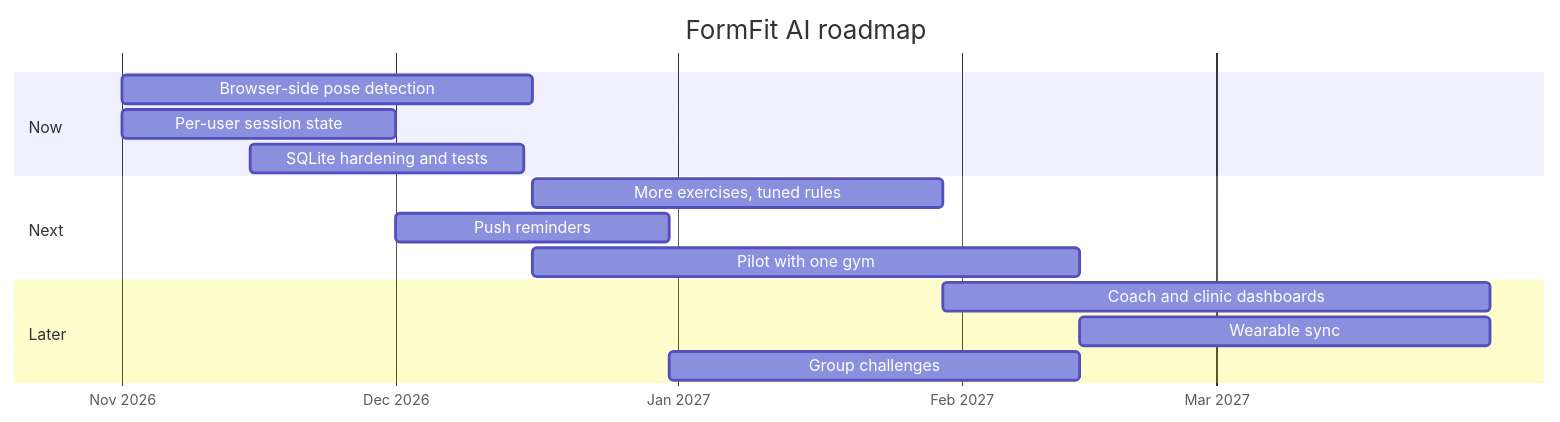
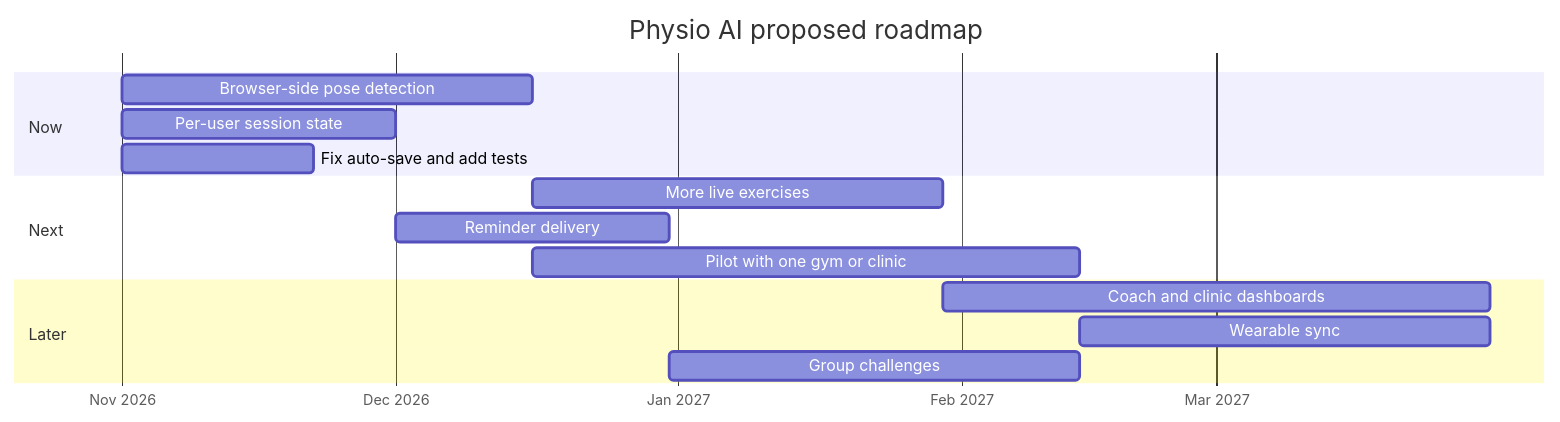
Before and after one commit to Alexjmathew/AIBOOMI: the seventh of 7 diagrams in README.md, drawn with Mermaid. The commit also changed other lines of this file, not shown here.

````diff
--- a/README.md
+++ b/README.md
@@ -478,21 +566,21 @@
 ```mermaid
 gantt
-    title FormFit AI roadmap
+    title Physio AI proposed roadmap
     dateFormat YYYY-MM-DD
     axisFormat %b %Y
 
     section Now
     Browser-side pose detection    :a1, 2026-11-01, 45d
     Per-user session state         :a2, 2026-11-01, 30d
-    SQLite hardening and tests     :a3, 2026-11-15, 30d
+    Fix auto-save and add tests    :a3, 2026-11-01, 21d
 
     section Next
-    More exercises, tuned rules    :b1, after a1, 45d
-    Push reminders                 :b2, after a2, 30d
-    Pilot with one gym             :b3, after a1, 60d
+    More live exercises            :b1, after a1, 45d
+    Reminder delivery              :b2, after a2, 30d
+    Pilot with one gym or clinic   :b3, after a1, 60d
 
     section Later
     Coach and clinic dashboards    :c1, after b1, 60d
     Wearable sync                  :c2, after b3, 45d
     Group challenges               :c3, after b2, 45d
 ```
````
